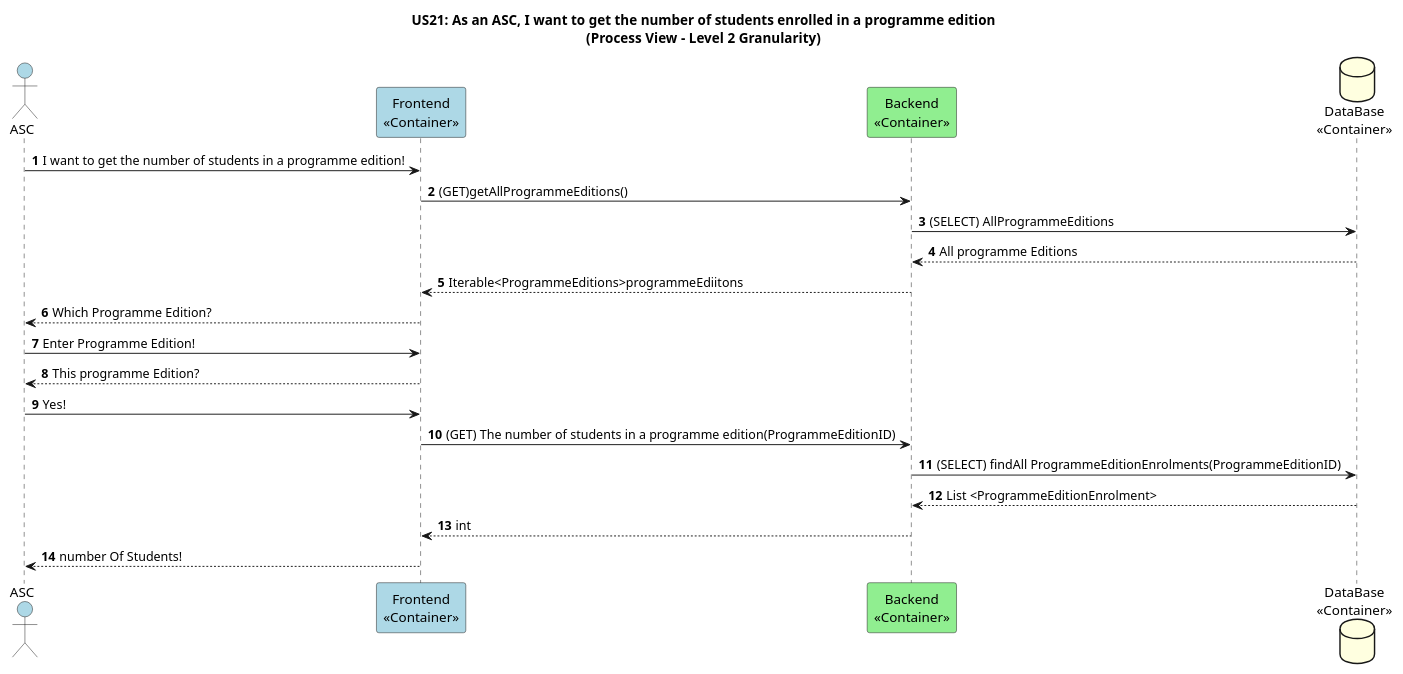
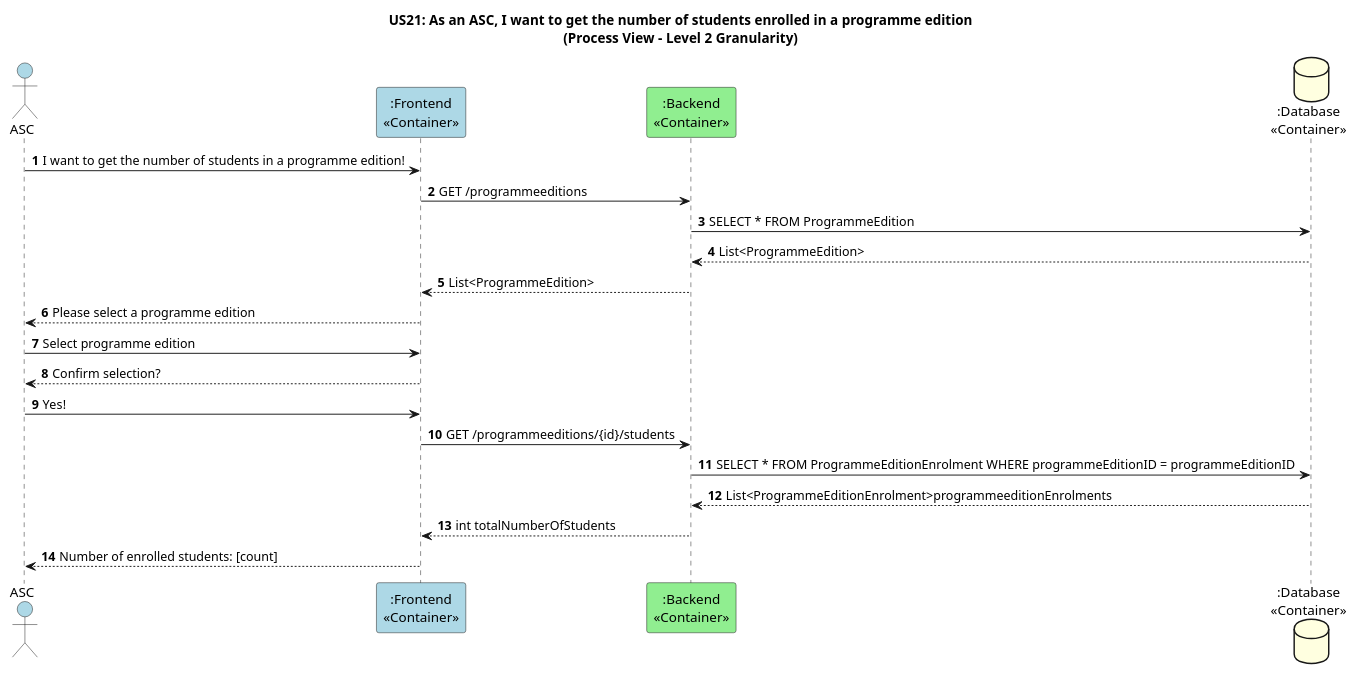
One commit to GasparISEP/DevOps-PAI changed the diagram in docs/US21/Sprint6/ProcessView/Level2Granularity.puml. Above: the diagram before and after it, drawn with PlantUML. The commit also changed 2 other files, not shown here.

Commit message:
Refactor Software Architecture Diagrams related to CountTheNumberOfStudentsInAProgrammeEdition functionality  - closes #663

```diff
--- a/docs/US21/Sprint6/ProcessView/Level2Granularity.puml
+++ b/docs/US21/Sprint6/ProcessView/Level2Granularity.puml
@@ -1,24 +1,27 @@
 @startuml
 
 title US21: As an ASC, I want to get the number of students enrolled in a programme edition\n(Process View - Level 2 Granularity)
+
 autonumber
 
 actor ASC #lightblue
-participant Frontend as "Frontend\n<<Container>>" #lightblue
-participant Backend as "Backend\n<<Container>>" #lightgreen
-dataBase  DB as "DataBase\n<<Container>>" #lightyellow
+participant Frontend as ":Frontend\n<<Container>>" #lightblue
+participant Backend as ":Backend\n<<Container>>" #lightgreen
+database DB as ":Database\n<<Container>>" #lightyellow
+
 ASC -> Frontend: I want to get the number of students in a programme edition!
-Frontend -> Backend: (GET)getAllProgrammeEditions()
-Backend -> DB: (SELECT) AllProgrammeEditions
-DB --> Backend : All programme Editions
-Backend --> Frontend: Iterable<ProgrammeEditions>programmeEdiitons
-Frontend --> ASC: Which Programme Edition?
-ASC -> Frontend: Enter Programme Edition!
-Frontend --> ASC:This programme Edition?
-ASC -> Frontend:Yes!
-Frontend ->Backend:(GET) The number of students in a programme edition(ProgrammeEditionID)
-Backend -> DB:(SELECT) findAll ProgrammeEditionEnrolments(ProgrammeEditionID)
-DB-->Backend:List <ProgrammeEditionEnrolment>
-Backend--> Frontend:int
-Frontend-->ASC:number Of Students!
+Frontend -> Backend: GET /programmeeditions
+Backend -> DB: SELECT * FROM ProgrammeEdition
+DB --> Backend: List<ProgrammeEdition>
+Backend --> Frontend: List<ProgrammeEdition>
+Frontend --> ASC: Please select a programme edition
+ASC -> Frontend: Select programme edition
+Frontend --> ASC: Confirm selection?
+ASC -> Frontend: Yes!
+Frontend -> Backend: GET /programmeeditions/{id}/students
+Backend -> DB: SELECT * FROM ProgrammeEditionEnrolment WHERE programmeEditionID = programmeEditionID
+DB --> Backend: List<ProgrammeEditionEnrolment>programmeeditionEnrolments
+Backend --> Frontend: int totalNumberOfStudents
+Frontend --> ASC: Number of enrolled students: [count]
+
 @enduml
```
